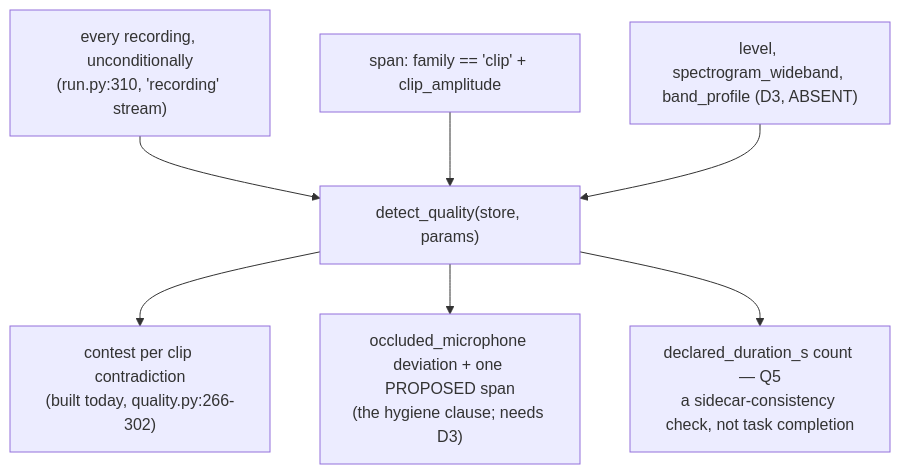
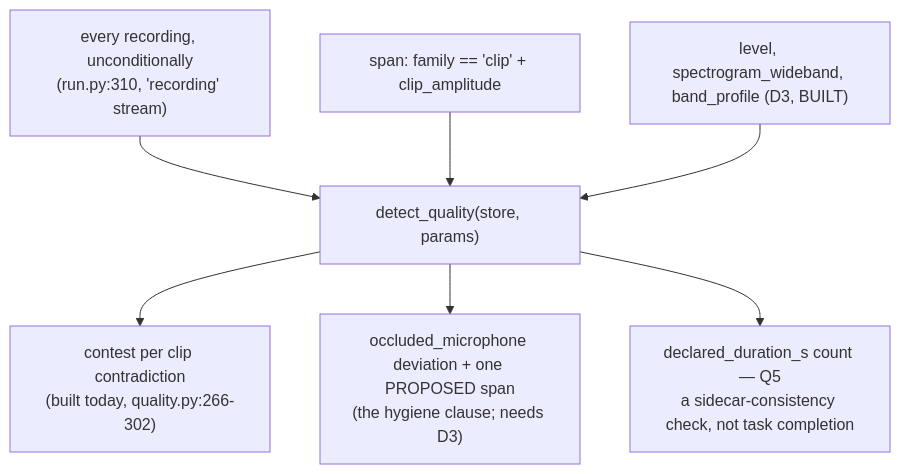
Before and after one commit to sensein/senselab: diagram 13 of 13 in specs/20260817-triage-workflow-dag/dag.md, drawn with Mermaid. The commit also changed other lines of this file and 1 other file, not shown here.

Commit message:
docs(triage): D3 built, in the registers that recorded it owed

````diff
--- a/specs/20260817-triage-workflow-dag/dag.md
+++ b/specs/20260817-triage-workflow-dag/dag.md
@@ -2294,9 +2294,9 @@
 ```mermaid
 graph TD
   ALL["every recording, unconditionally<br/>(run.py:310, 'recording' stream)"] --> DQ
   CLIPQ["span: family == 'clip' + clip_amplitude"] --> DQ
-  LVLQ["level, spectrogram_wideband, band_profile (D3, ABSENT)"] --> DQ
+  LVLQ["level, spectrogram_wideband, band_profile (D3, BUILT)"] --> DQ
   DQ["detect_quality(store, params)"] --> C1["contest per clip contradiction<br/>(built today, quality.py:266-302)"]
   DQ --> C2["occluded_microphone deviation + one PROPOSED span<br/>(the hygiene clause; needs D3)"]
   DQ --> C3["declared_duration_s count — Q5<br/>a sidecar-consistency check, not task completion"]
 ```
````
